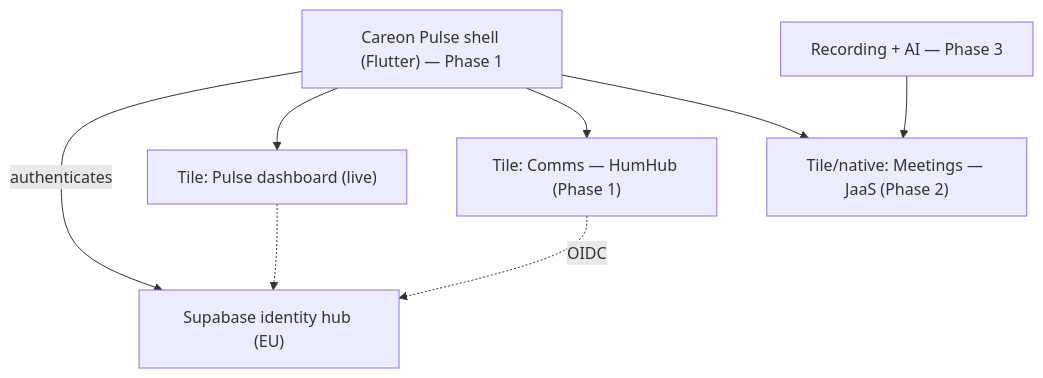
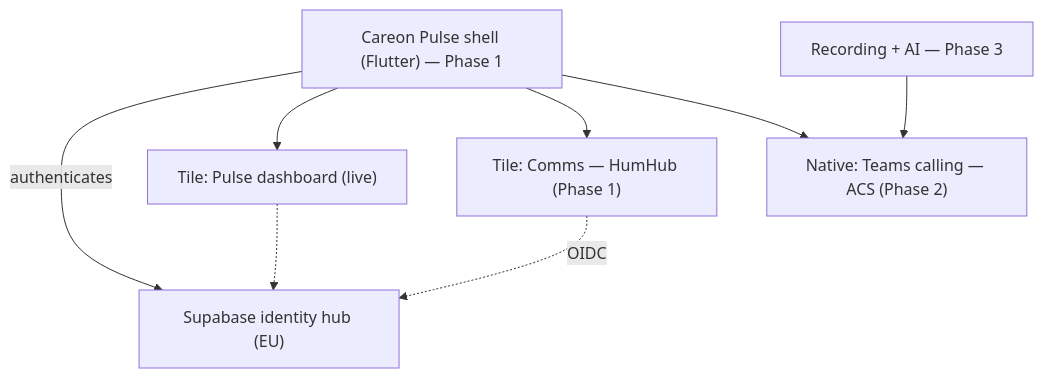
Before and after one commit to Mbongaa/careonpulse: the second of 3 diagrams in docs/platform/PLATFORM_BLUEPRINT.md, drawn with Mermaid. The commit also changed other lines of this file and 2 other files, not shown here.

Commit message:
docs: adopt Microsoft-native Teams calling

````diff
--- a/docs/platform/PLATFORM_BLUEPRINT.md
+++ b/docs/platform/PLATFORM_BLUEPRINT.md
@@ -139,10 +144,10 @@
 ```mermaid
 flowchart TD
   SHELL["Careon Pulse shell (Flutter) — Phase 1"] -->|authenticates| SUPA["Supabase identity hub (EU)"]
   SHELL --> DASH["Tile: Pulse dashboard (live)"]
   SHELL --> HH["Tile: Comms — HumHub (Phase 1)"]
-  SHELL --> MEET["Tile/native: Meetings — JaaS (Phase 2)"]
+  SHELL --> MEET["Native: Teams calling — ACS (Phase 2)"]
   REC["Recording + AI — Phase 3"] --> MEET
   DASH -.-> SUPA
   HH -.->|OIDC| SUPA
 ```
````
